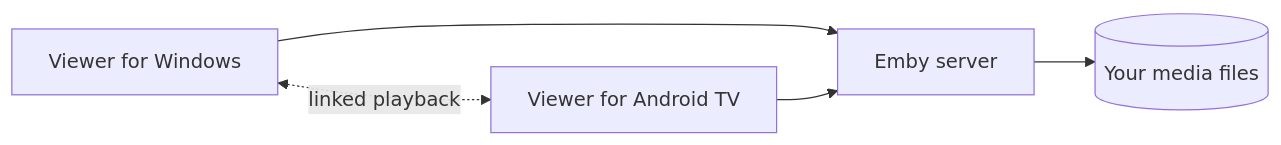
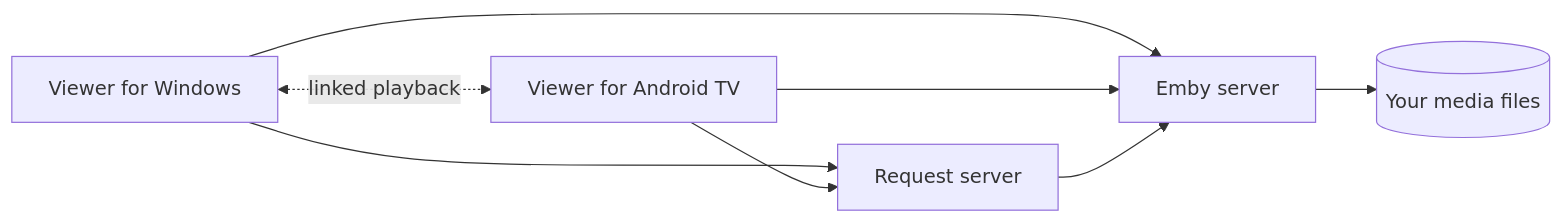
The diagram in README.md (QuentinPN/viewer), drawn with Mermaid before and after one commit. The commit also changed other lines of this file and 1 other file, not shown here.

Commit message:
docs: intégration Viewer ↔ Request

````diff
--- a/README.md
+++ b/README.md
@@ -42,7 +54,10 @@
 ```mermaid
 flowchart LR
     W["Viewer for Windows"] --> E["Emby server"]
     T["Viewer for Android TV"] --> E
+    W --> R["Request server"]
+    T --> R
+    R --> E
     E --> M[("Your media files")]
     W <-. "linked playback" .-> T
 ```
````
